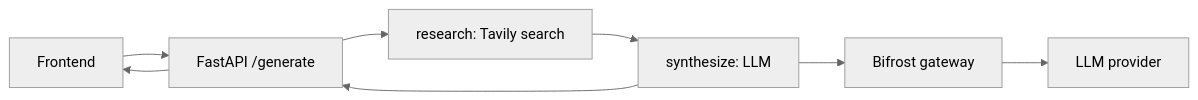
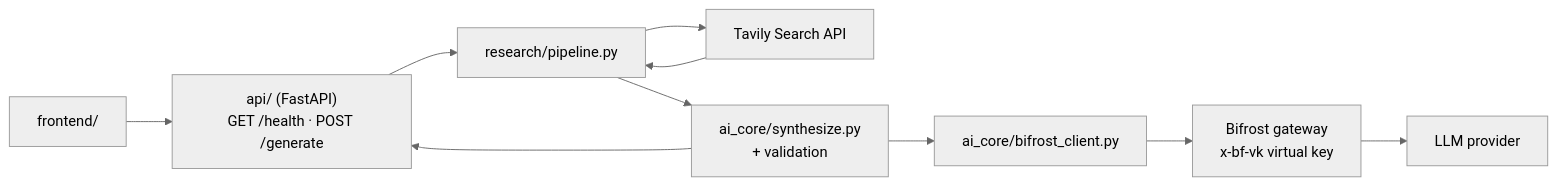
The diagram in README.md (Hak-36/syntax-dynasty-pbb), drawn with Mermaid (neutral theme) before and after one commit. The commit also changed other lines of this file, not shown here.

````diff
--- a/README.md
+++ b/README.md
@@ -9,10 +24,12 @@
 ```mermaid
 flowchart LR
-    A[Frontend] --> B[FastAPI /generate]
-    B --> C[research: Tavily search]
-    C --> D[synthesize: LLM]
-    D --> E[Bifrost gateway]
-    E --> F[LLM provider]
-    D --> B
-    B --> A
+    A[frontend/] --> B["api/ (FastAPI)<br/>GET /health · POST /generate"]
+    B --> C[research/pipeline.py]
+    C --> D[Tavily Search API]
+    D --> C
+    C --> E["ai_core/synthesize.py<br/>+ validation"]
+    E --> F[ai_core/bifrost_client.py]
+    F --> G["Bifrost gateway<br/>x-bf-vk virtual key"]
+    G --> H[LLM provider]
+    E --> B
 ```
````
